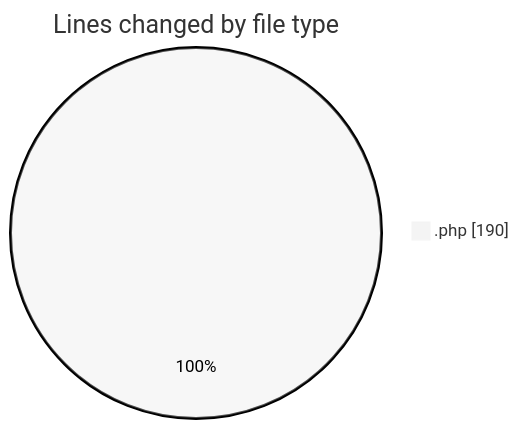
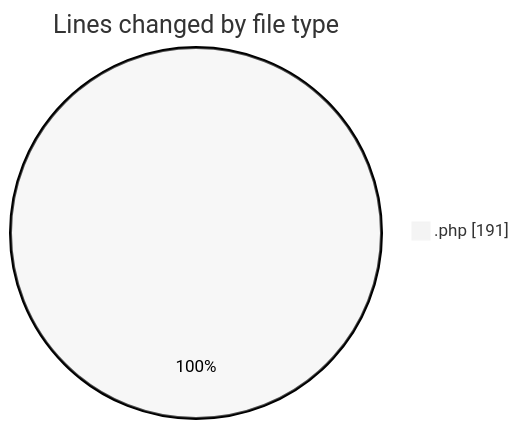
The first of 2 diagrams in 2025-10-08/untitled__workspace_/README.md (debugP/code-tracking), drawn with Mermaid (neutral theme) before and after one commit. The commit also changed other lines of this file and 1 other file, not shown here.

````diff
--- a/2025-10-08/untitled__workspace_/README.md
+++ b/2025-10-08/untitled__workspace_/README.md
@@ -21,5 +21,5 @@
 ```mermaid
 pie showData
 title Lines changed by file type
-".php" : 190
+".php" : 191
 ```
````
